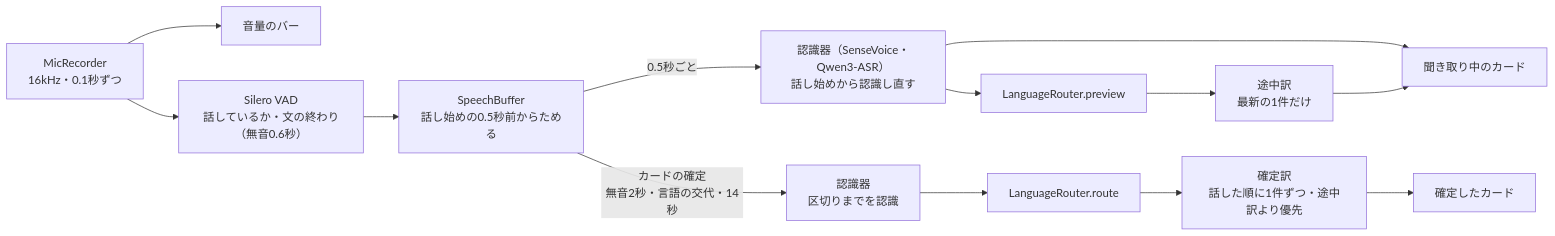
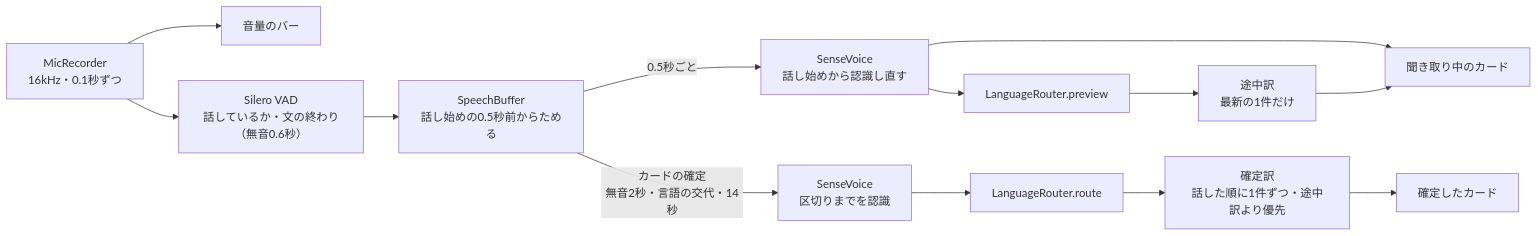
One commit to KarakuriAgent/PlamoTranslate changed the diagram in docs/04_会話翻訳.md. Above: the diagram before and after it, drawn with Mermaid. The commit also changed other lines of this file and 33 other files, not shown here.

````diff
--- a/docs/04_会話翻訳.md
+++ b/docs/04_会話翻訳.md
@@ -19,13 +19,13 @@
 ```mermaid
 flowchart LR
   MIC["MicRecorder<br>16kHz・0.1秒ずつ"] --> LV["音量のバー"]
   MIC --> VAD["Silero VAD<br>話しているか・文の終わり（無音0.6秒）"]
   VAD --> BUF["SpeechBuffer<br>話し始めの0.5秒前からためる"]
-  BUF -->|0.5秒ごと| PT["認識器（SenseVoice・Qwen3-ASR）<br>話し始めから認識し直す"]
+  BUF -->|0.5秒ごと| PT["SenseVoice<br>話し始めから認識し直す"]
   PT --> PRV["LanguageRouter.preview"] --> PTR["途中訳<br>最新の1件だけ"]
   PT --> LIVE["聞き取り中のカード"]
   PTR --> LIVE
-  BUF -->|"カードの確定<br>無音2秒・言語の交代・14秒"| SV["認識器<br>区切りまでを認識"]
+  BUF -->|"カードの確定<br>無音2秒・言語の交代・14秒"| SV["SenseVoice<br>区切りまでを認識"]
   SV --> RT["LanguageRouter.route"] --> TR["確定訳<br>話した順に1件ずつ・途中訳より優先"]
   TR --> CARD["確定したカード"]
 ```
````
